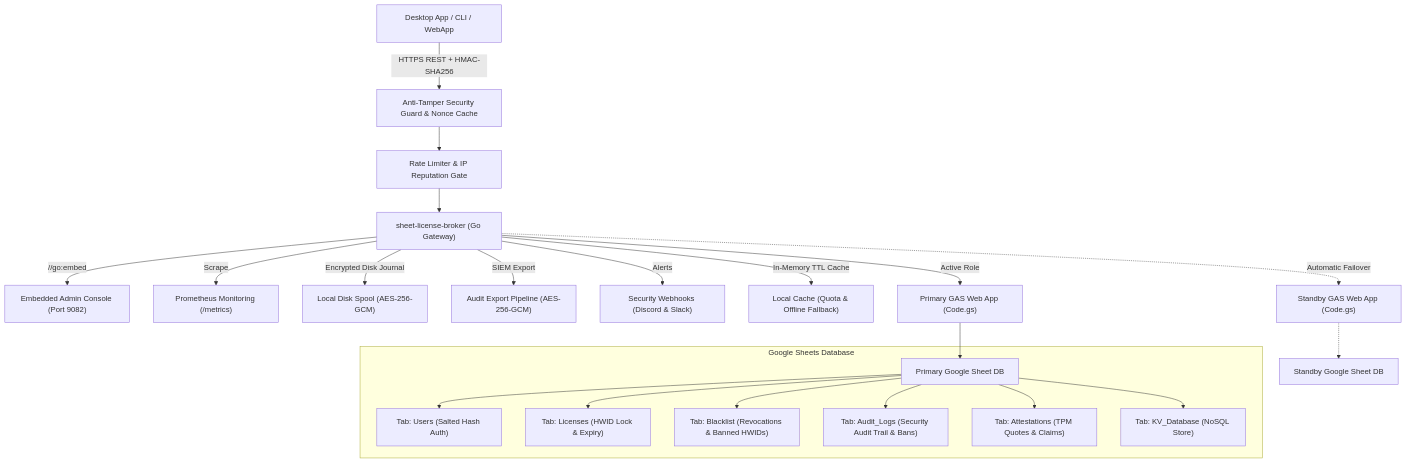
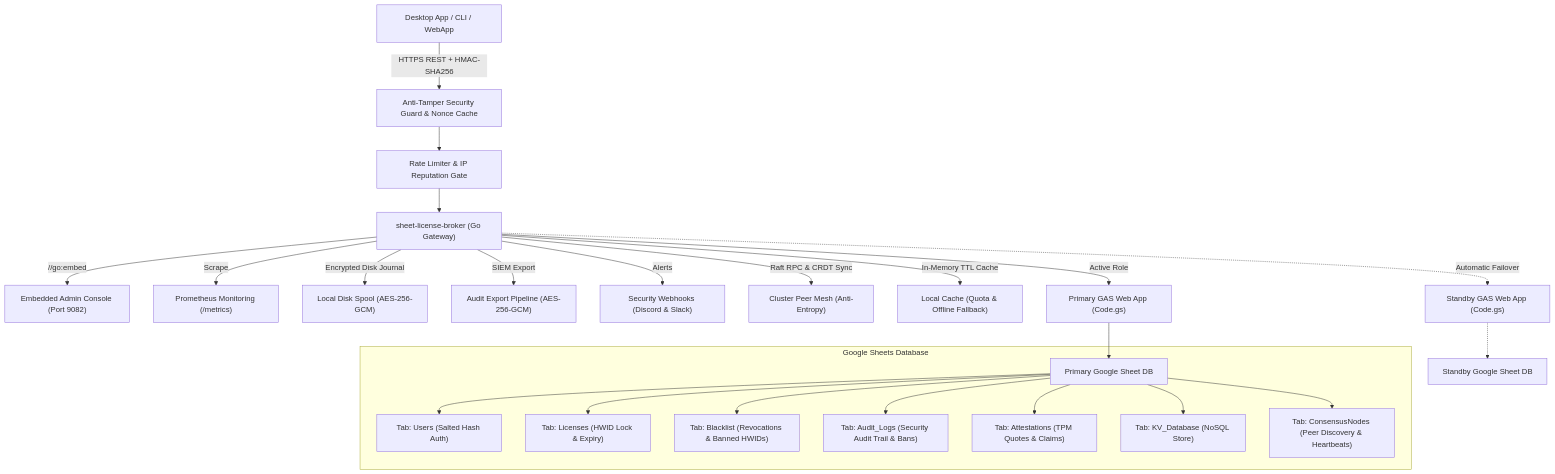
One commit to kLauncher1/sheet-license-broker changed the diagram in README.md. Above: the diagram before and after it, drawn with Mermaid. The commit also changed other lines of this file and 33 other files, not shown here.

Commit message:
feat: distributed consensus, raft quorum & crdt sync (v1.0.0)

````diff
--- a/README.md
+++ b/README.md
@@ -58,25 +60,27 @@
 ```mermaid
 flowchart TD
     Client["Desktop App / CLI / WebApp"] -->|HTTPS REST + HMAC-SHA256| Guard["Anti-Tamper Security Guard & Nonce Cache"]
     Guard --> Limiter["Rate Limiter & IP Reputation Gate"]
     Limiter --> Broker["sheet-license-broker (Go Gateway)"]
     Broker -->|//go:embed| WebUI["Embedded Admin Console (Port 9082)"]
     Broker -->|Scrape| Prom["Prometheus Monitoring (/metrics)"]
     Broker -->|Encrypted Disk Journal| Spool["Local Disk Spool (AES-256-GCM)"]
     Broker -->|SIEM Export| SIEM["Audit Export Pipeline (AES-256-GCM)"]
     Broker -->|Alerts| Alerts["Security Webhooks (Discord & Slack)"]
+    Broker -->|Raft RPC & CRDT Sync| Peers["Cluster Peer Mesh (Anti-Entropy)"]
     Broker -->|In-Memory TTL Cache| Cache["Local Cache (Quota & Offline Fallback)"]
     Broker -->|Active Role| Primary["Primary GAS Web App (Code.gs)"]
     Broker -.->|Automatic Failover| Standby["Standby GAS Web App (Code.gs)"]
     Primary --> Sheets1["Primary Google Sheet DB"]
     Standby -.-> Sheets2["Standby Google Sheet DB"]
 
     subgraph Google Sheets Database
         Sheets1 --> Tab1["Tab: Users (Salted Hash Auth)"]
         Sheets1 --> Tab2["Tab: Licenses (HWID Lock & Expiry)"]
         Sheets1 --> Tab3["Tab: Blacklist (Revocations & Banned HWIDs)"]
         Sheets1 --> Tab4["Tab: Audit_Logs (Security Audit Trail & Bans)"]
         Sheets1 --> Tab5["Tab: Attestations (TPM Quotes & Claims)"]
         Sheets1 --> Tab6["Tab: KV_Database (NoSQL Store)"]
+        Sheets1 --> Tab7["Tab: ConsensusNodes (Peer Discovery & Heartbeats)"]
     end
 ```
````
